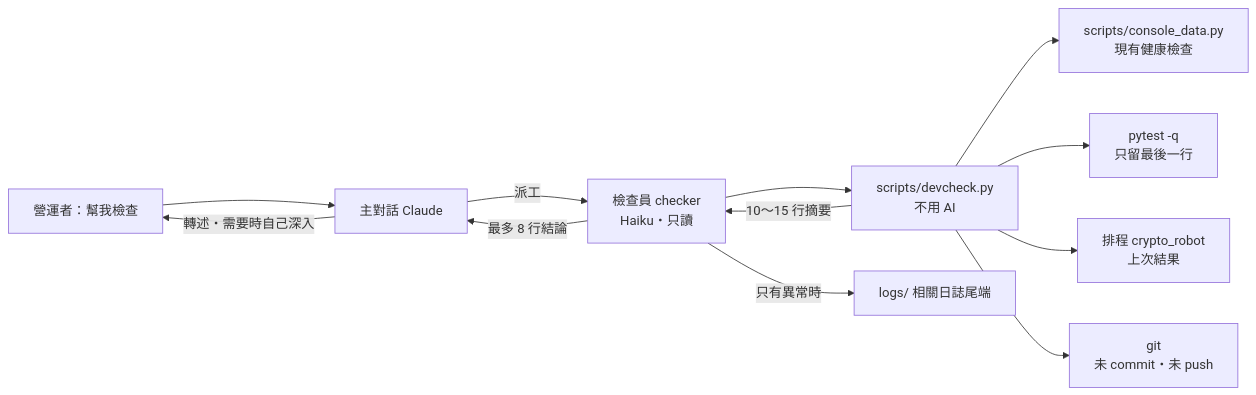
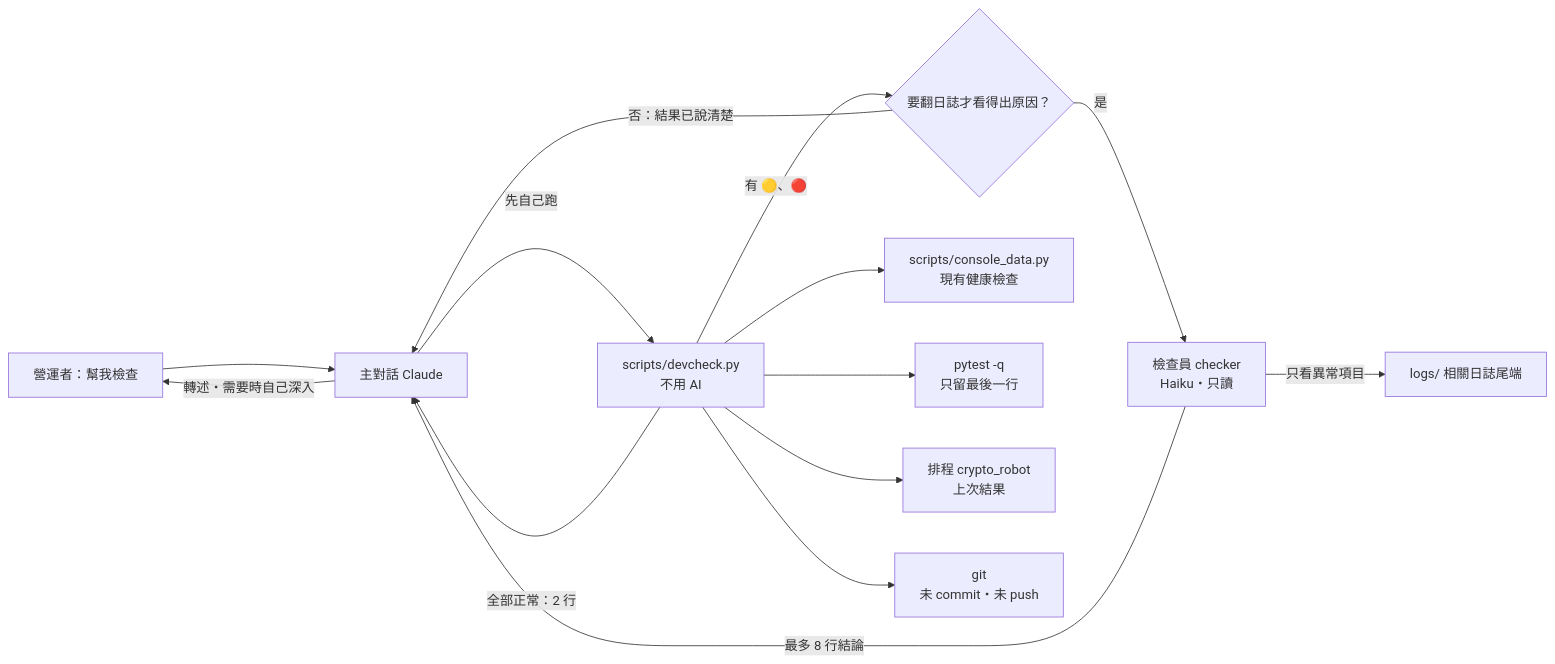
Diagram 38 of 39 in docs/DESIGN.md (ShanHugo/Crypto_agent), drawn with Mermaid before and after one commit. The commit also changed other lines of this file and 3 other files, not shown here.

First line of the commit message:
Run devcheck first; send the checker only for anomalies

````diff
--- a/docs/DESIGN.md
+++ b/docs/DESIGN.md
@@ -2370,14 +2372,16 @@
 ```mermaid
 flowchart LR
   OP[營運者：幫我檢查] --> ME[主對話 Claude]
-  ME -- 派工 --> CK[檢查員 checker<br/>Haiku・只讀]
-  CK --> DC[scripts/devcheck.py<br/>不用 AI]
+  ME -- 先自己跑 --> DC[scripts/devcheck.py<br/>不用 AI]
+  DC -- 全部正常：2 行 --> ME
+  DC -- 有 🟡、🔴 --> Q{要翻日誌才看得出原因？}
+  Q -- 否：結果已說清楚 --> ME
+  Q -- 是 --> CK[檢查員 checker<br/>Haiku・只讀]
   DC --> H[scripts/console_data.py<br/>現有健康檢查]
   DC --> T[pytest -q<br/>只留最後一行]
   DC --> S[排程 crypto_robot<br/>上次結果]
   DC --> G[git<br/>未 commit・未 push]
-  DC -- 10～15 行摘要 --> CK
-  CK -- 只有異常時 --> L[logs/ 相關日誌尾端]
+  CK -- 只看異常項目 --> L[logs/ 相關日誌尾端]
   CK -- 最多 8 行結論 --> ME
   ME -- 轉述・需要時自己深入 --> OP
 ```
````
